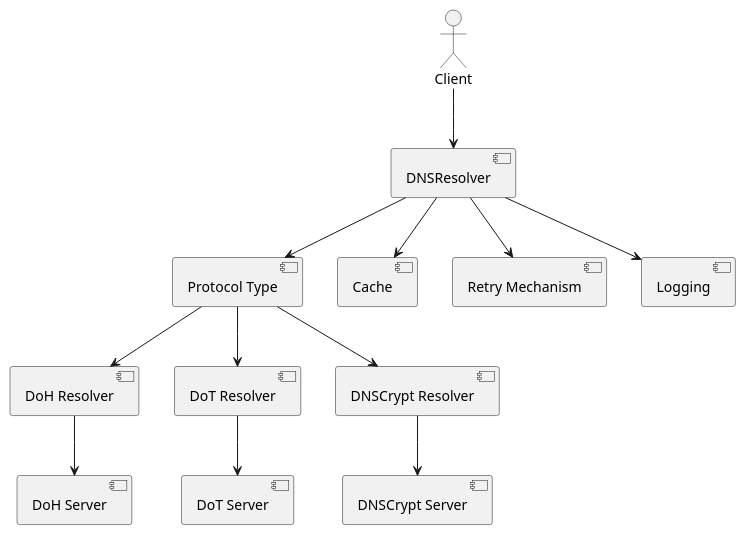
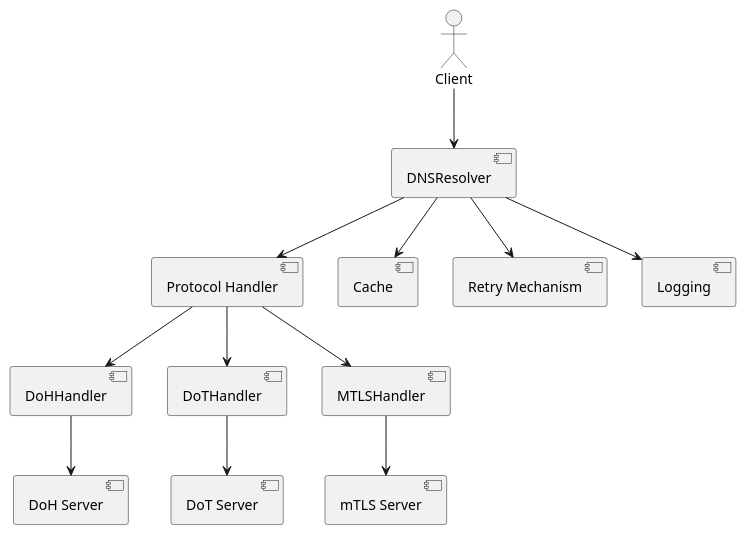
The fourth of 5 diagrams in content/projects/privydns.mdx (nicholasadamou/nicholasadamou.com), drawn with PlantUML before and after one commit. The commit also changed other lines of this file and 2 other files, not shown here.

````diff
--- a/content/projects/privydns.mdx
+++ b/content/projects/privydns.mdx
@@ -161,30 +169,30 @@
 ```plantuml
 @startuml
 
 actor Client as A
 component DNSResolver as B
-component "Protocol Type" as C
-component "DoH Resolver" as D
-component "DoT Resolver" as E
-component "DNSCrypt Resolver" as F
+component "Protocol Handler" as C
+component "DoHHandler" as D
+component "DoTHandler" as E
+component "MTLSHandler" as F
 component "DoH Server" as G
 component "DoT Server" as H
-component "DNSCrypt Server" as I
+component "mTLS Server" as I
 component Cache as J
 component "Retry Mechanism" as K
 component Logging as L
 
 A --> B
 B --> C
 C --> D
 C --> E
 C --> F
 D --> G
 E --> H
 F --> I
 B --> J
 B --> K
 B --> L
 
 @enduml
 ```
````
